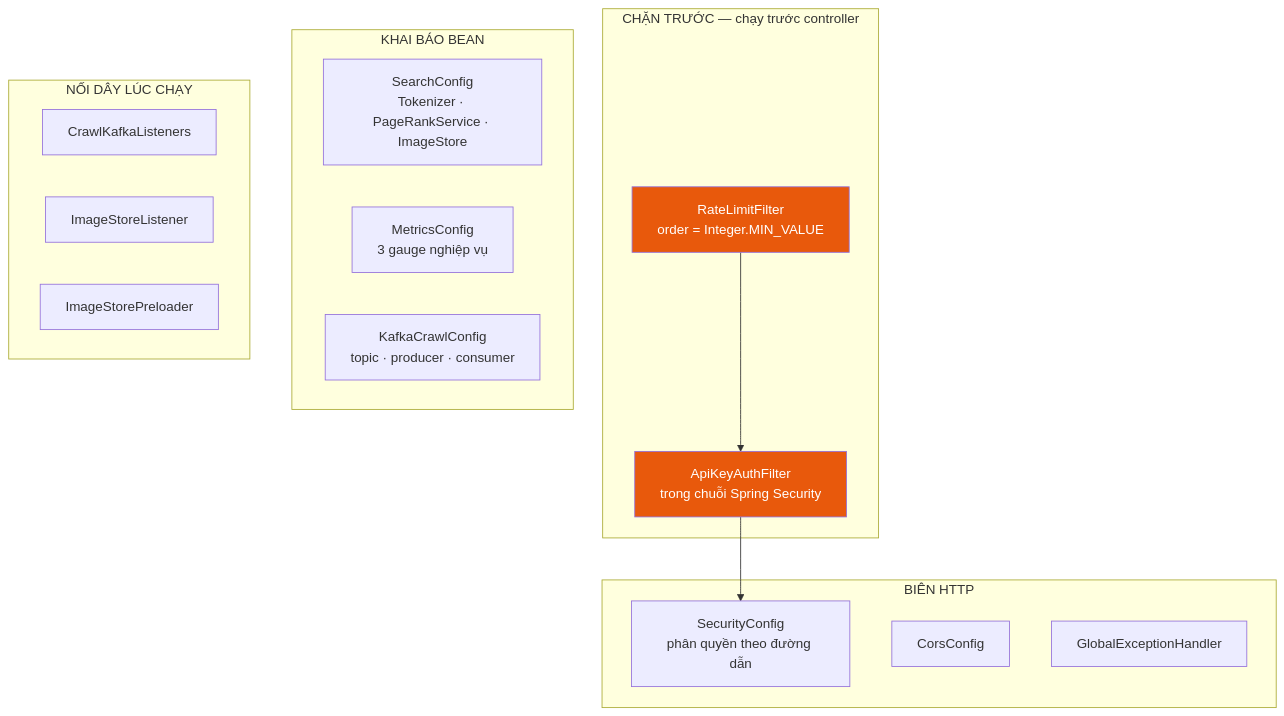
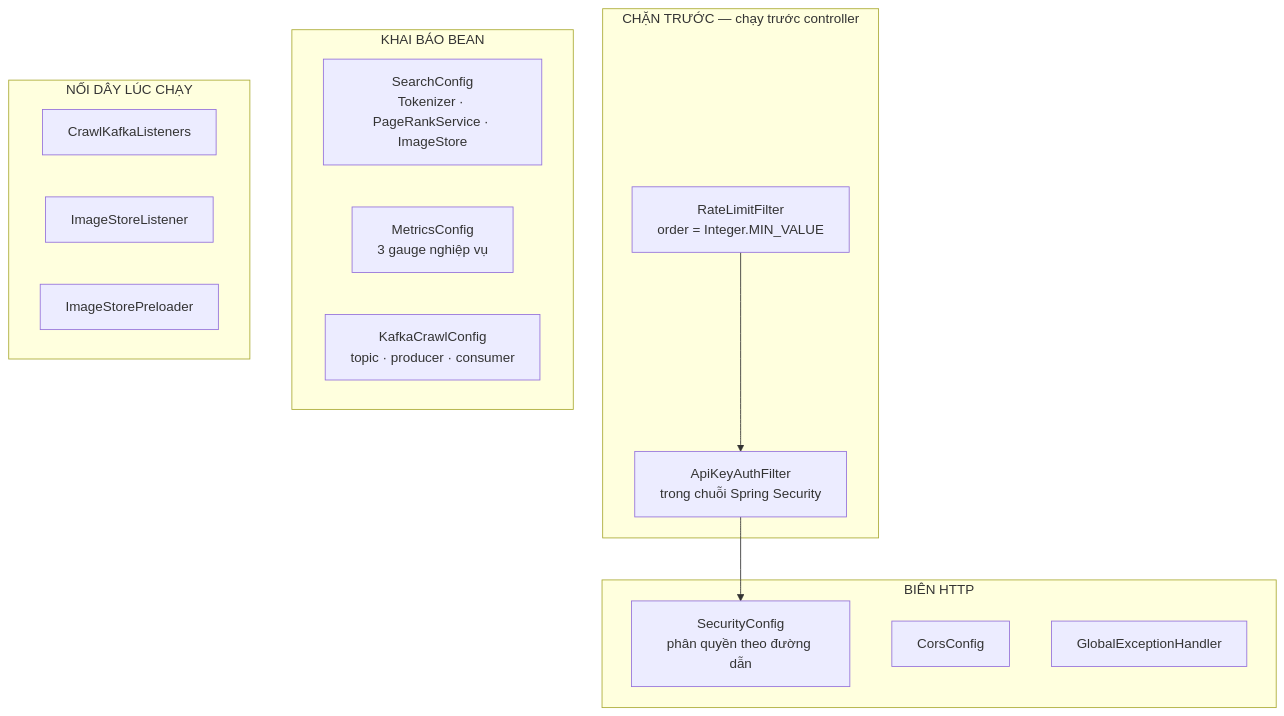
Before and after one commit to KietAnhCS/CocCoc-Plus: the second of 3 diagrams in docs/BACKEND.md, drawn with Mermaid. The commit also changed other lines of this file and 73 other files, not shown here.

First line of the commit message:
docs: fix drift and add diagrams (#22)

````diff
--- a/docs/BACKEND.md
+++ b/docs/BACKEND.md
@@ -192,26 +191,24 @@
 ```mermaid
 flowchart TB
     subgraph chan["CHẶN TRƯỚC — chạy trước controller"]
         rl["RateLimitFilter<br/>order = Integer.MIN_VALUE"]
         ak["ApiKeyAuthFilter<br/>trong chuỗi Spring Security"]
     end
     subgraph khai["KHAI BÁO BEAN"]
         sc["SearchConfig<br/>Tokenizer · PageRankService · ImageStore"]
         mc["MetricsConfig<br/>3 gauge nghiệp vụ"]
         kc["KafkaCrawlConfig<br/>topic · producer · consumer"]
     end
     subgraph noi["NỐI DÂY LÚC CHẠY"]
         ckl["CrawlKafkaListeners"]
         isl["ImageStoreListener"]
         isp["ImageStorePreloader"]
     end
     subgraph bien["BIÊN HTTP"]
         secc["SecurityConfig<br/>phân quyền theo đường dẫn"]
         cors["CorsConfig"]
         geh["GlobalExceptionHandler"]
     end
 
     rl --> ak --> secc
-    style rl fill:#e8590c,color:#fff
-    style ak fill:#e8590c,color:#fff
 ```
````
